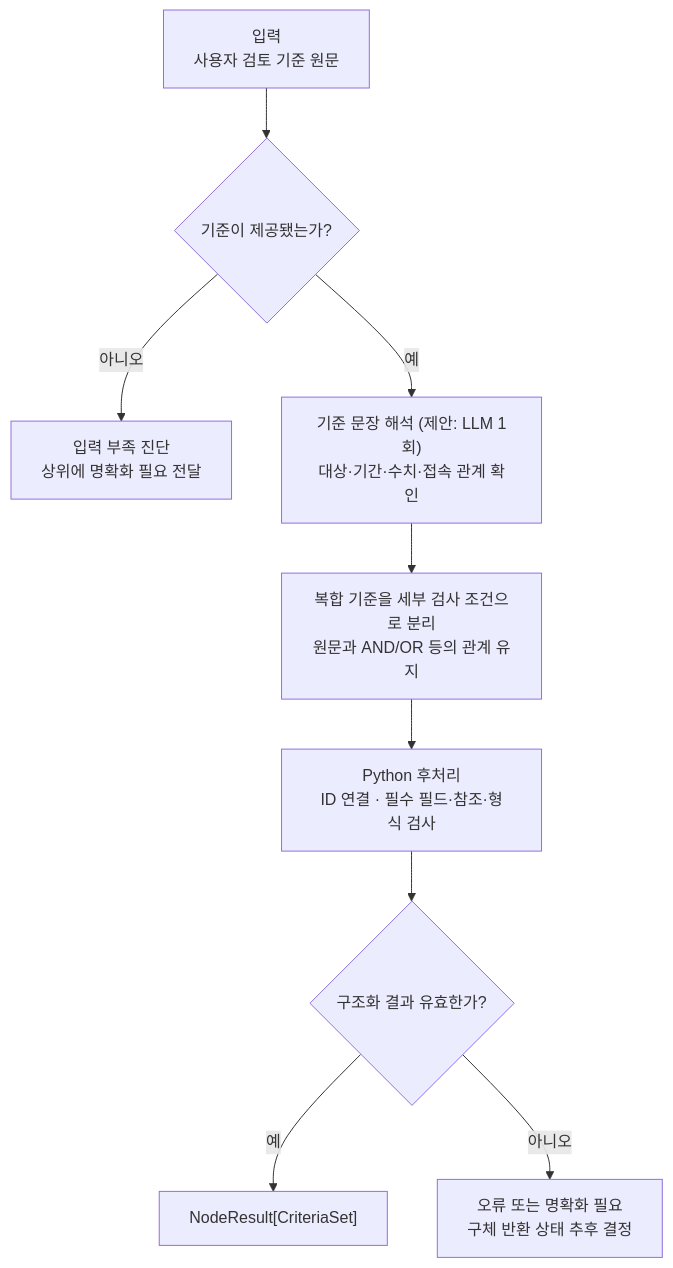
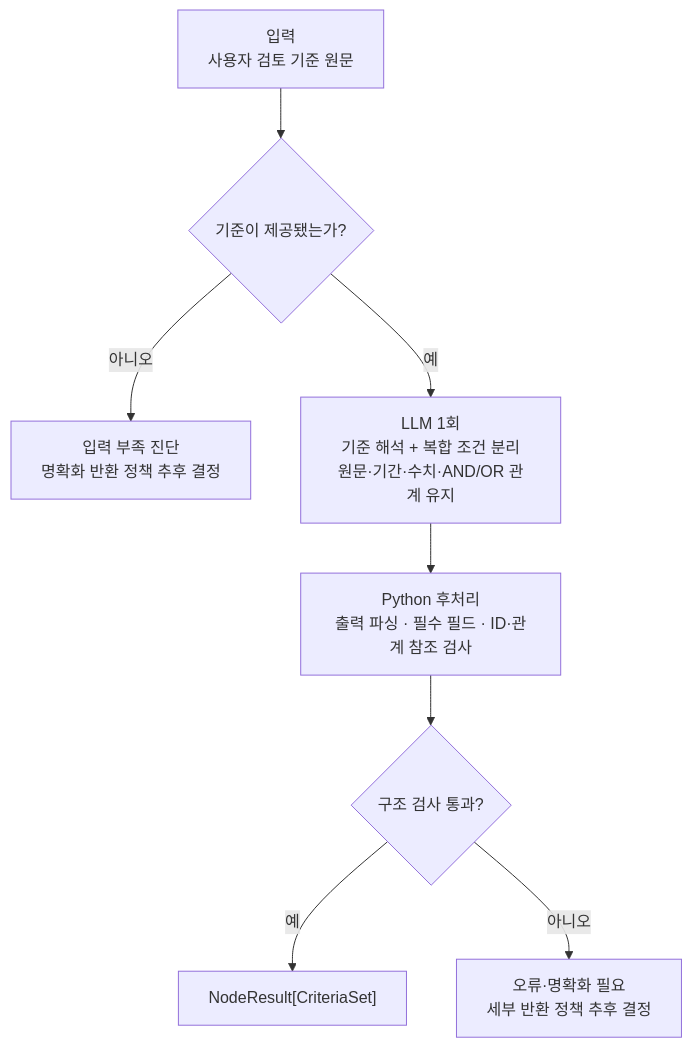
One commit to Jungminii-1114/ReportAnchor changed the diagram in docs/small-nodes/N-05.md. Above: the diagram before and after it, drawn with Mermaid. The commit also changed other lines of this file and 1 other file, not shown here.

Commit message:
docs: confirm one-pass N-05 LLM structuring and Python validation

````diff
--- a/docs/small-nodes/N-05.md
+++ b/docs/small-nodes/N-05.md
@@ -43,11 +43,10 @@
 ```mermaid
 flowchart TD
     A["입력<br/>사용자 검토 기준 원문"] --> B{"기준이 제공됐는가?"}
-    B -->|아니오| X["입력 부족 진단<br/>상위에 명확화 필요 전달"]
-    B -->|예| C["기준 문장 해석 (제안: LLM 1회)<br/>대상·기간·수치·접속 관계 확인"]
-    C --> D["복합 기준을 세부 검사 조건으로 분리<br/>원문과 AND/OR 등의 관계 유지"]
-    D --> E["Python 후처리<br/>ID 연결 · 필수 필드·참조·형식 검사"]
-    E --> F{"구조화 결과 유효한가?"}
-    F -->|예| G["NodeResult[CriteriaSet]"]
-    F -->|아니오| Y["오류 또는 명확화 필요<br/>구체 반환 상태 추후 결정"]
+    B -->|아니오| X["입력 부족 진단<br/>명확화 반환 정책 추후 결정"]
+    B -->|예| C["LLM 1회<br/>기준 해석 + 복합 조건 분리<br/>원문·기간·수치·AND/OR 관계 유지"]
+    C --> D["Python 후처리<br/>출력 파싱 · 필수 필드 · ID·관계 참조 검사"]
+    D --> E{"구조 검사 통과?"}
+    E -->|예| F["NodeResult[CriteriaSet]"]
+    E -->|아니오| Y["오류·명확화 필요<br/>세부 반환 정책 추후 결정"]
 ```
````
